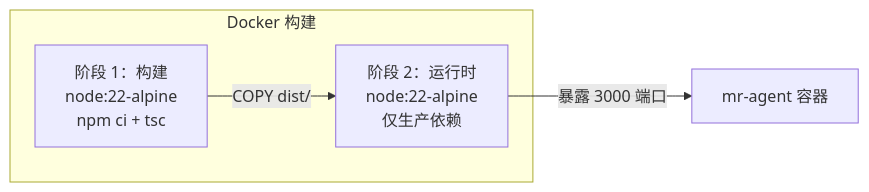
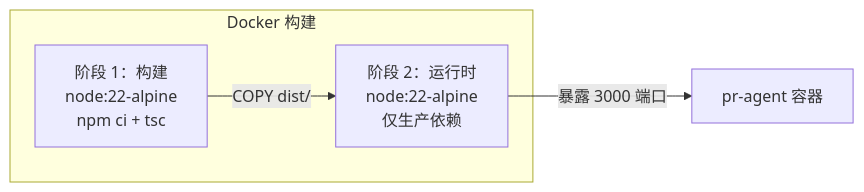
The sixth of 7 diagrams in README-zh.md (condevtools/pr-agent), drawn with Mermaid before and after one commit. The commit also changed other lines of this file and 206 other files, not shown here.

````diff
--- a/README-zh.md
+++ b/README-zh.md
@@ -568,9 +678,9 @@
 ```mermaid
 graph LR
     subgraph Docker 构建
         B1[阶段 1：构建<br/>node:22-alpine<br/>npm ci + tsc]
         B2[阶段 2：运行时<br/>node:22-alpine<br/>仅生产依赖]
         B1 -->|COPY dist/| B2
     end
-    B2 -->|暴露 3000 端口| SRV[mr-agent 容器]
+    B2 -->|暴露 3000 端口| SRV[pr-agent 容器]
 ```
````
